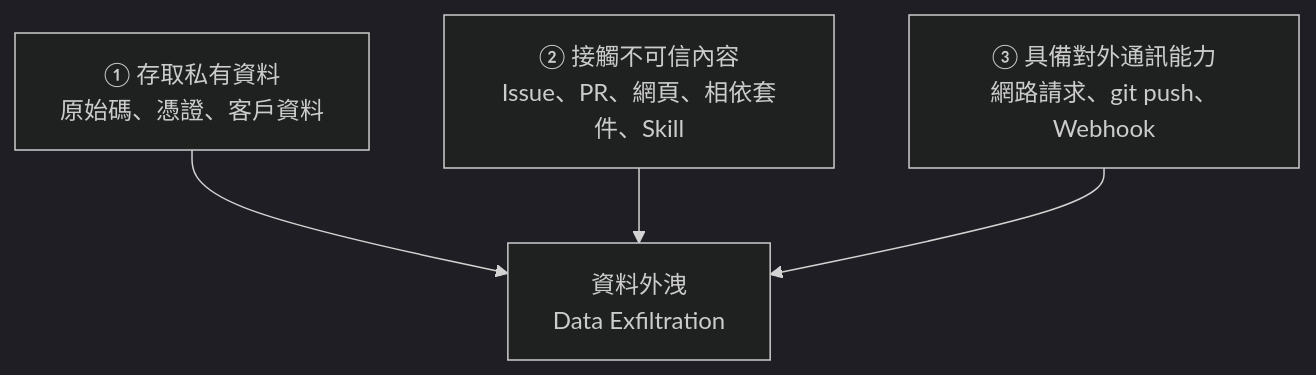
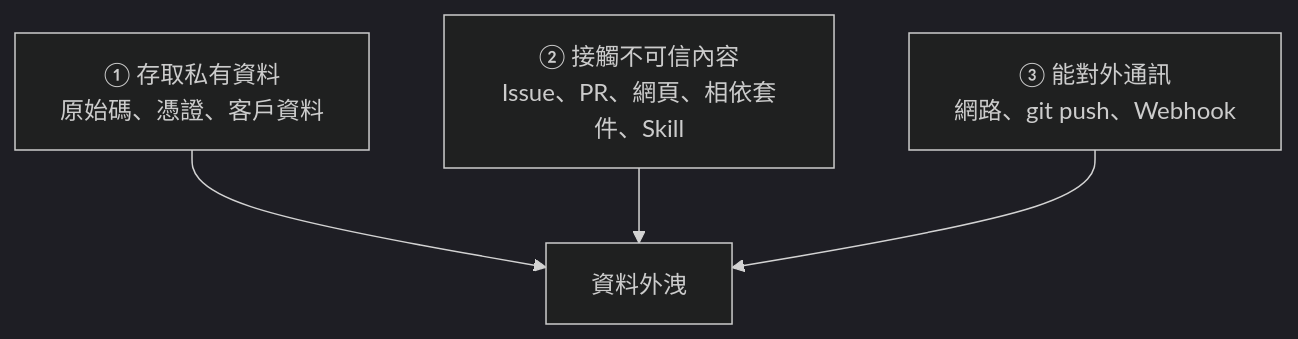
Before and after one commit to chihhung/Blog: diagram 18 of 29 in content/posts/教學/AI開發/Everything Claude Code 教學手冊.md, drawn with Mermaid (dark theme). The commit also changed other lines of this file, not shown here.

````diff
--- a/content/posts/教學/AI開發/Everything Claude Code 教學手冊.md
+++ b/content/posts/教學/AI開發/Everything Claude Code 教學手冊.md
@@ -2747,11 +3461,6 @@
 ```mermaid
 graph TB
-    A["① 存取私有資料<br/>原始碼、憑證、客戶資料"]
-    B["② 接觸不可信內容<br/>Issue、PR、網頁、相依套件、Skill"]
-    C["③ 具備對外通訊能力<br/>網路請求、git push、Webhook"]
-    D["資料外洩<br/>Data Exfiltration"]
-
-    A --> D
-    B --> D
-    C --> D
+    A["① 存取私有資料<br/>原始碼、憑證、客戶資料"] --> D["資料外洩"]
+    B["② 接觸不可信內容<br/>Issue、PR、網頁、相依套件、Skill"] --> D
+    C["③ 能對外通訊<br/>網路、git push、Webhook"] --> D
 ```
````
